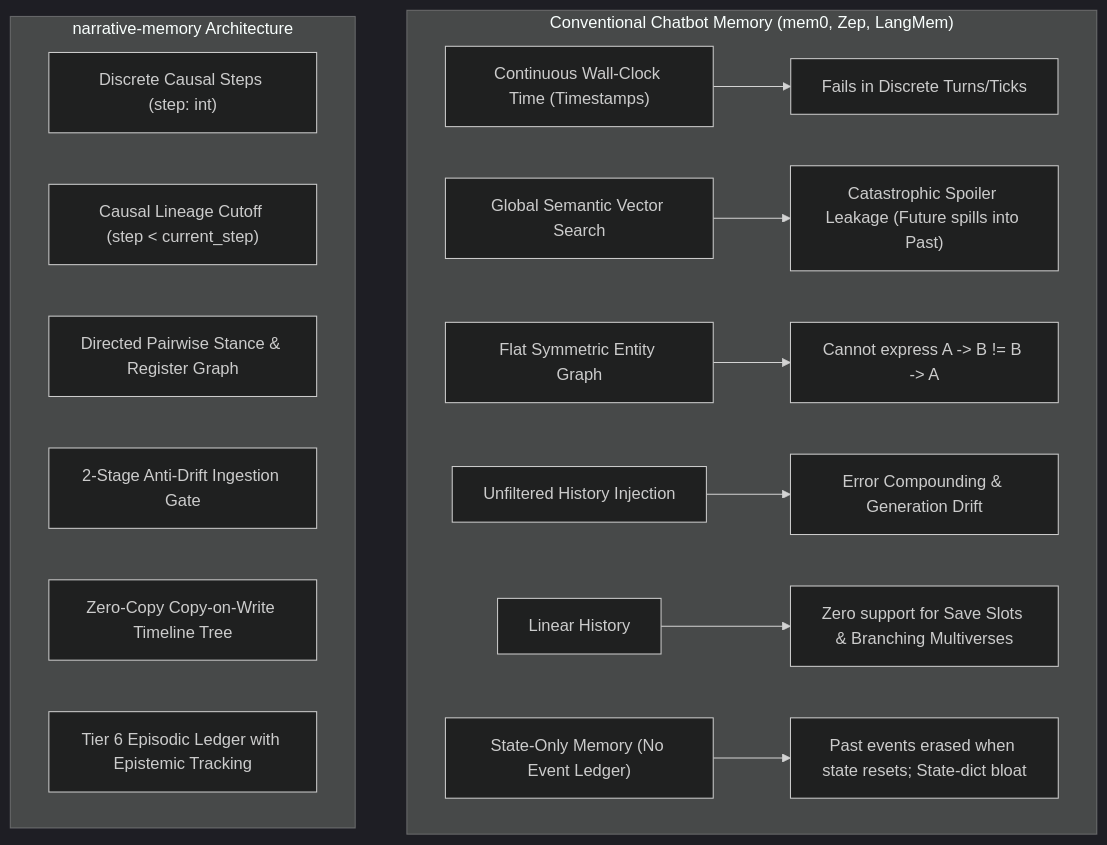
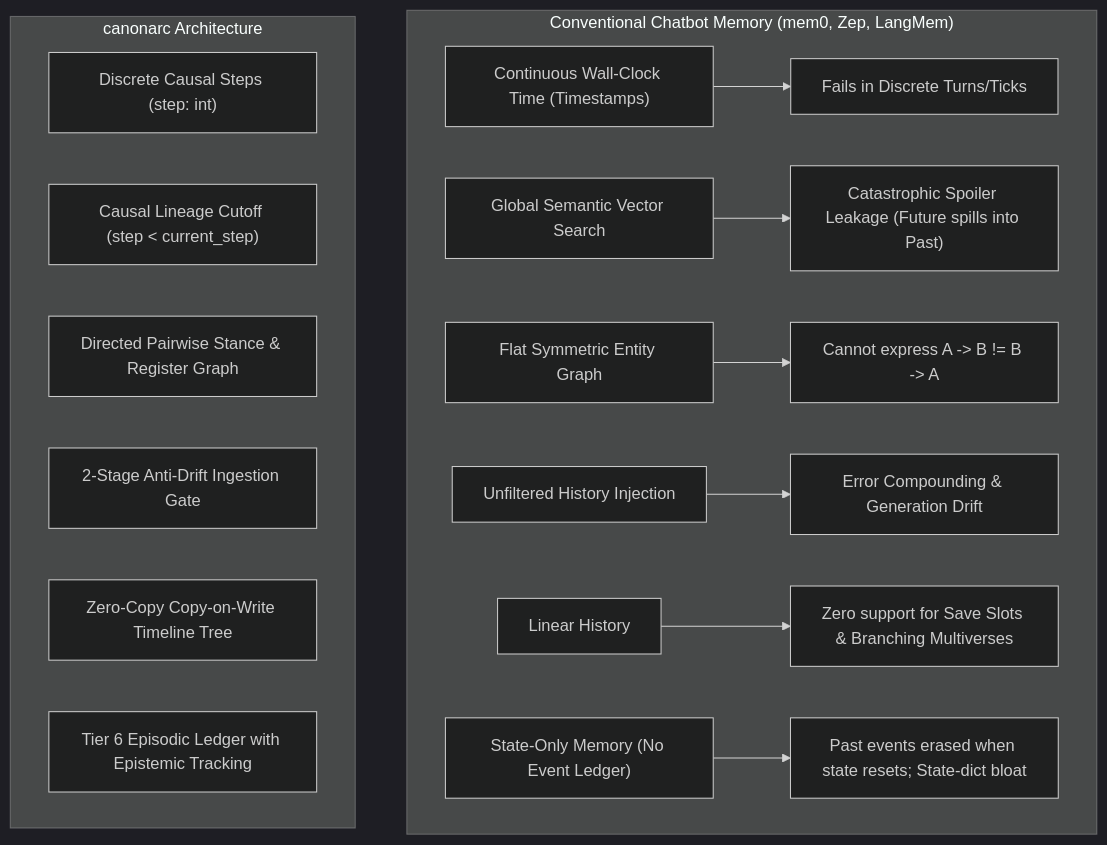
The diagram in docs/tutorial-and-study-book.md (jovistos/canonarc), drawn with Mermaid (dark theme) before and after one commit. The commit also changed other lines of this file and 12 other files, not shown here.

````diff
--- a/docs/tutorial-and-study-book.md
+++ b/docs/tutorial-and-study-book.md
@@ -27,19 +27,19 @@
 ```mermaid
 flowchart TD
     subgraph ChatbotMemory["Conventional Chatbot Memory (mem0, Zep, LangMem)"]
         A1["Continuous Wall-Clock Time (Timestamps)"] --> E1["Fails in Discrete Turns/Ticks"]
         A2["Global Semantic Vector Search"] --> E2["Catastrophic Spoiler Leakage (Future spills into Past)"]
         A3["Flat Symmetric Entity Graph"] --> E3["Cannot express A -> B != B -> A"]
         A4["Unfiltered History Injection"] --> E4["Error Compounding & Generation Drift"]
         A5["Linear History"] --> E5["Zero support for Save Slots & Branching Multiverses"]
         A6["State-Only Memory (No Event Ledger)"] --> E6["Past events erased when state resets; State-dict bloat"]
     end
-    subgraph NarrativeMemory["narrative-memory Architecture"]
+    subgraph CanonArc["canonarc Architecture"]
         B1["Discrete Causal Steps (step: int)"]
         B2["Causal Lineage Cutoff (step < current_step)"]
         B3["Directed Pairwise Stance & Register Graph"]
         B4["2-Stage Anti-Drift Ingestion Gate"]
         B5["Zero-Copy Copy-on-Write Timeline Tree"]
         B6["Tier 6 Episodic Ledger with Epistemic Tracking"]
     end
 ```
````
